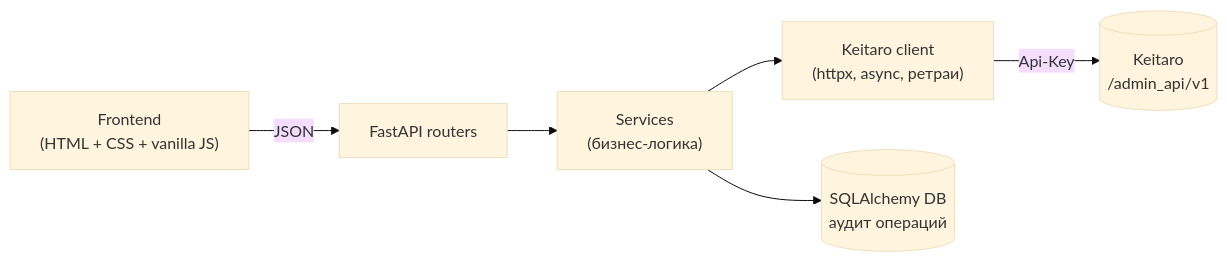
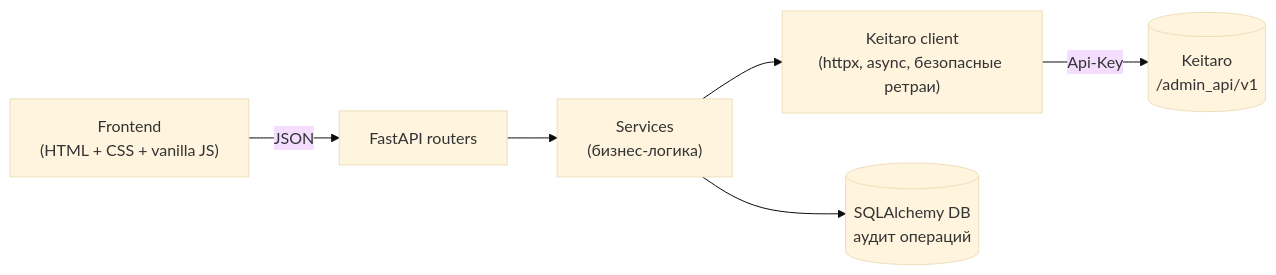
The diagram in docs/ARCHITECTURE.ru.md (shakha1210-pixel/adrobot-keitaro), drawn with Mermaid (base theme) before and after one commit. The commit also changed other lines of this file and 45 other files, not shown here.

````diff
--- a/docs/ARCHITECTURE.ru.md
+++ b/docs/ARCHITECTURE.ru.md
@@ -27,8 +29,8 @@
 ```mermaid
 flowchart LR
     UI["Frontend<br/>(HTML + CSS + vanilla JS)"] -->|JSON| R["FastAPI routers"]
     R --> S["Services<br/>(бизнес-логика)"]
-    S --> K["Keitaro client<br/>(httpx, async, ретраи)"]
+    S --> K["Keitaro client<br/>(httpx, async, безопасные ретраи)"]
     K -->|"Api-Key"| KT[("Keitaro<br/>/admin_api/v1")]
     S --> DB[("SQLAlchemy DB<br/>аудит операций")]
 ```
````
